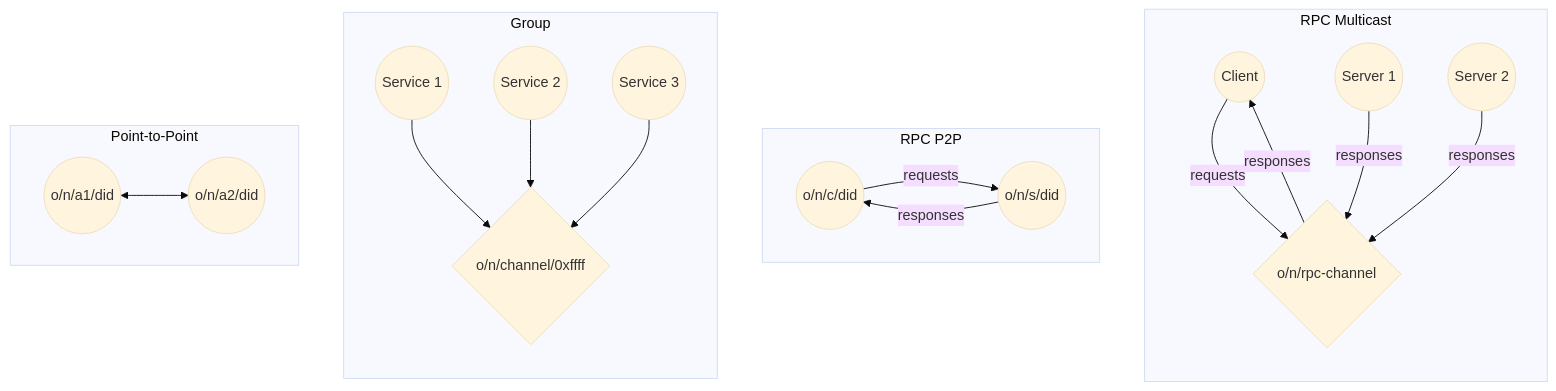
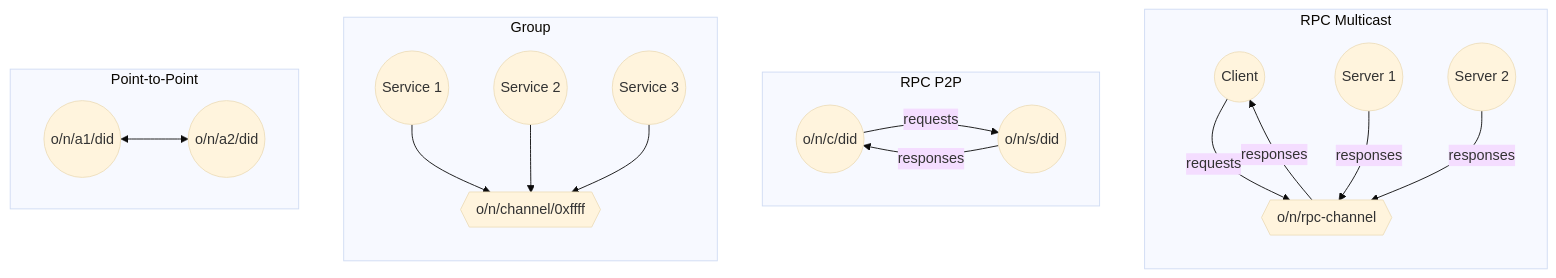
Before and after one commit to agntcy/blogs: the fifth of 9 diagrams in presentations/slim-multicluster-demo/slim-multicluster-demo.md, drawn with Mermaid (base theme). The commit also changed other lines of this file and 1 other file, not shown here.

````diff
--- a/presentations/slim-multicluster-demo/slim-multicluster-demo.md
+++ b/presentations/slim-multicluster-demo/slim-multicluster-demo.md
@@ -277,28 +280,28 @@
 ```mermaid
 graph TB
     subgraph RPCM[RPC Multicast]
         direction TB
-    rm1((Client)) -- "requests" --> rch{"o/n/rpc-channel"}
+        rm1((Client)) -- "requests" --> rch{{o/n/rpc-channel}}
         rch -- "responses" --> rm1
         rm2((Server 1)) -- "responses" --> rch
         rm3((Server 2)) -- "responses" --> rch
     end
 
     subgraph RPC[RPC P2P]
         direction LR
         rc((o/n/c/did)) -- "requests" --> rs((o/n/s/did))
         rs -- "responses" --> rc
     end
 
     subgraph GRP[Group]
         direction TB
-    g1((Service 1)) --> ch{"o/n/channel/0xffff"}
+        g1((Service 1)) --> ch{{o/n/channel/0xffff}}
         g2((Service 2)) --> ch
         g3((Service 3)) --> ch
     end
 
     subgraph P2P[Point-to-Point]
         direction LR
         pp1((o/n/a1/did)) <--> pp2((o/n/a2/did))
     end
 ```
````
